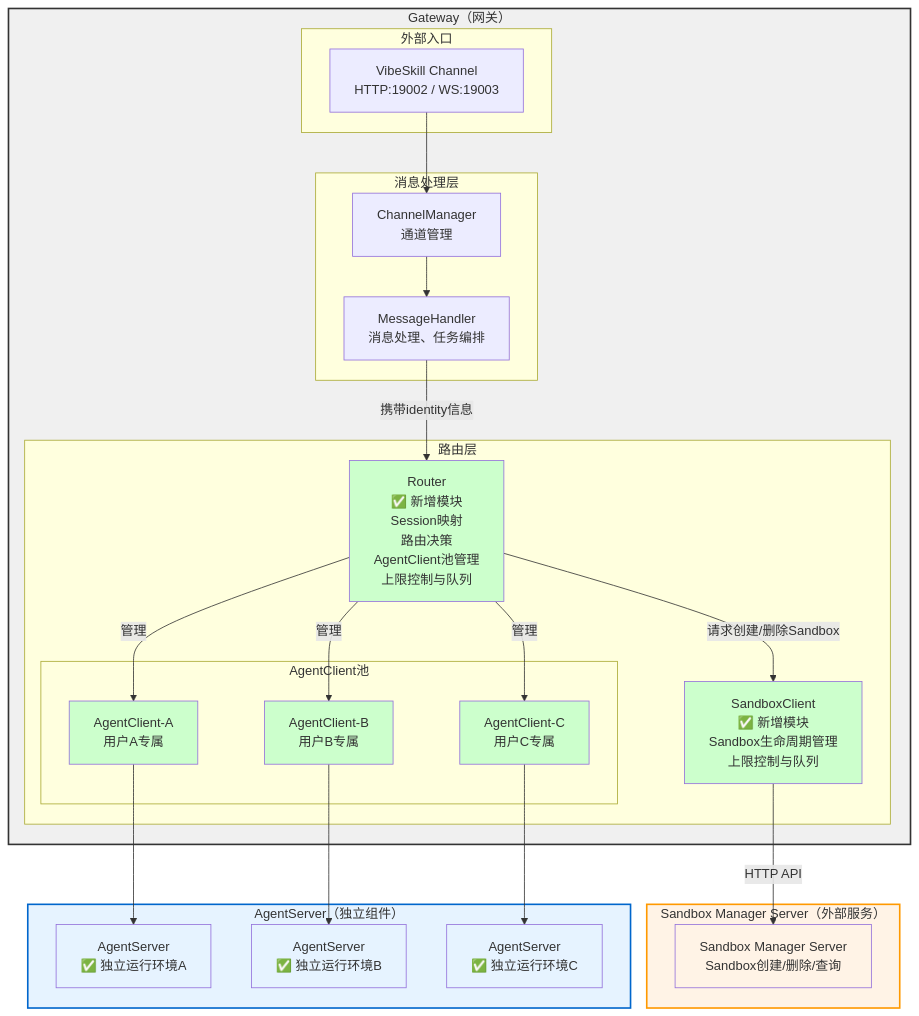
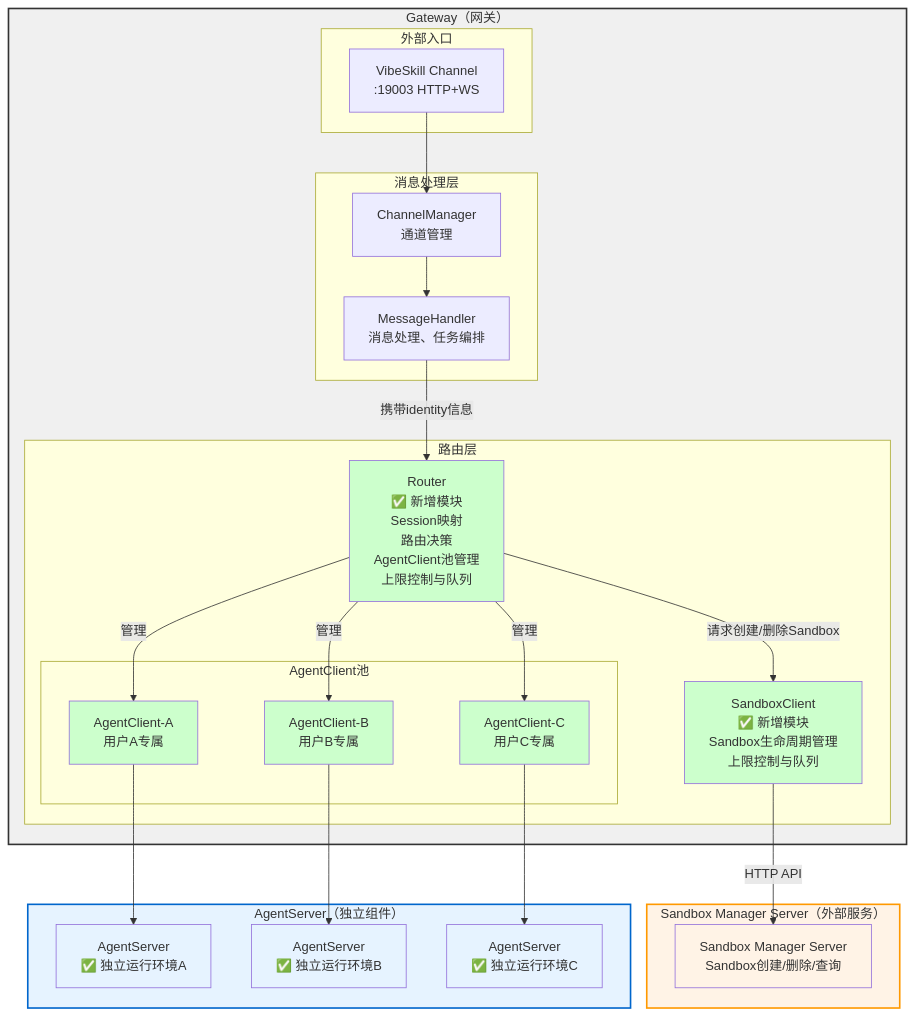
One commit to openJiuwen-ai/jiuwenclaw changed the fourth of 15 diagrams in docs/sandbox/Sandbox生命周期管理设计.md. Above: the diagram before and after it, drawn with Mermaid. The commit also changed other lines of this file and 8 other files, not shown here.

````diff
--- a/docs/sandbox/Sandbox生命周期管理设计.md
+++ b/docs/sandbox/Sandbox生命周期管理设计.md
@@ -141,60 +141,60 @@
 ```mermaid
 graph TB
     subgraph Gateway["Gateway（网关）"]
         subgraph 外部入口
-            VSK[VibeSkill Channel<br/>HTTP:19002 / WS:19003]
+            VSK[VibeSkill Channel<br/>:19003 HTTP+WS]
         end
 
         subgraph 消息处理层
             CM[ChannelManager<br/>通道管理]
             MH[MessageHandler<br/>消息处理、任务编排]
         end
 
         subgraph 路由层
             RT[Router<br/>✅ 新增模块<br/>Session映射<br/>路由决策<br/>AgentClient池管理<br/>上限控制与队列]
             
             subgraph AgentClient池
                 AC1[AgentClient-A<br/>用户A专属]
                 AC2[AgentClient-B<br/>用户B专属]
                 AC3[AgentClient-C<br/>用户C专属]
             end
             
             SC[SandboxClient<br/>✅ 新增模块<br/>Sandbox生命周期管理<br/>上限控制与队列]
         end
     end
 
     subgraph SandboxManagerServer["Sandbox Manager Server（外部服务）"]
         SMS[Sandbox Manager Server<br/>Sandbox创建/删除/查询]
     end
 
     subgraph AgentServer["AgentServer（独立组件）"]
         AS1[AgentServer<br/>✅ 独立运行环境A]
         AS2[AgentServer<br/>✅ 独立运行环境B]
         AS3[AgentServer<br/>✅ 独立运行环境C]
     end
 
     VSK --> CM
     CM --> MH
     MH -->|携带identity信息| RT
     RT -->|管理| AC1
     RT -->|管理| AC2
     RT -->|管理| AC3
     RT -->|请求创建/删除Sandbox| SC
     SC -->|HTTP API| SMS
     AC1 --> AS1
     AC2 --> AS2
     AC3 --> AS3
 
     style Gateway fill:#f0f0f0,stroke:#333,stroke-width:2px
     style RT fill:#ccffcc
     style SC fill:#ccffcc
     style AC1 fill:#ccffcc
     style AC2 fill:#ccffcc
     style AC3 fill:#ccffcc
     style SandboxManagerServer fill:#fff3e6,stroke:#ff9900,stroke-width:2px
     style SMS fill:#fff3e6
     style AgentServer fill:#e6f3ff,stroke:#0066cc,stroke-width:2px
     style AS1 fill:#e6f3ff
     style AS2 fill:#e6f3ff
     style AS3 fill:#e6f3ff
 ```
````
